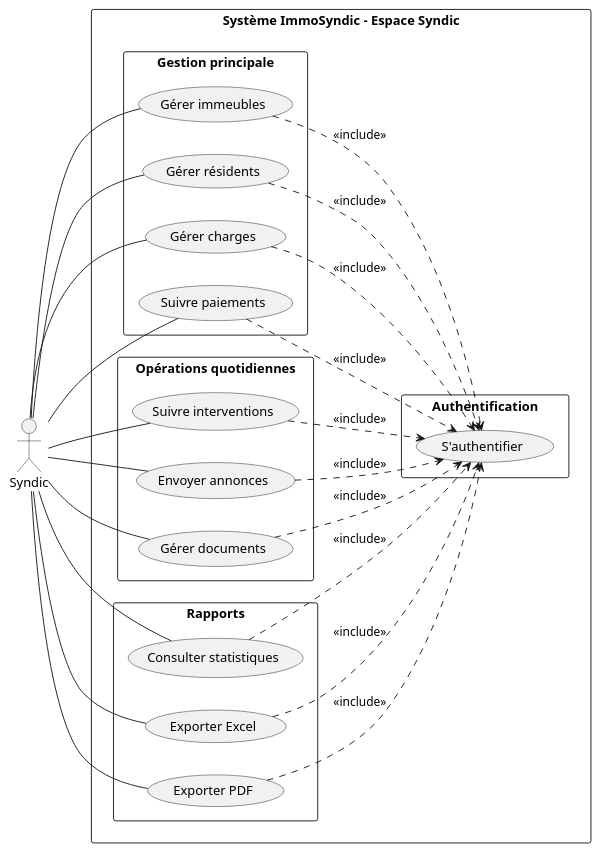
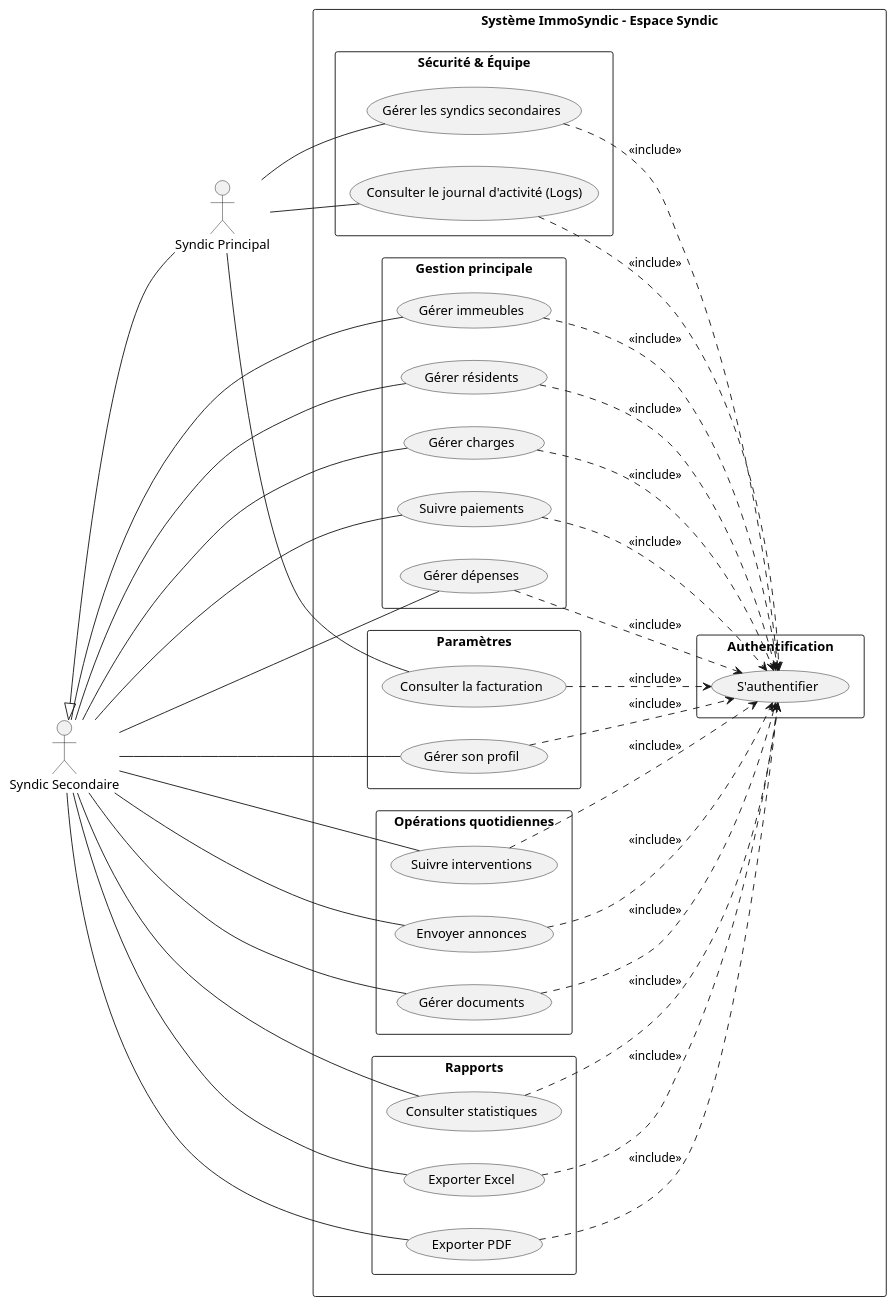
One commit to fadna-lakhouchen/Projet-finale changed the diagram in analyse/ideation/cas_utilisation/diagramme_global/use_case_global_syndic.puml. Above: the diagram before and after it, drawn with PlantUML. The commit also changed 58 other files, not shown here.

```diff
--- a/analyse/ideation/cas_utilisation/diagramme_global/use_case_global_syndic.puml
+++ b/analyse/ideation/cas_utilisation/diagramme_global/use_case_global_syndic.puml
@@ -1,58 +1,87 @@
 @startuml ImmoSyndic_Final_Syndic
 left to right direction
 skinparam packageStyle rectangle
 skinparam shadowing false
 
-actor "Syndic" as Syndic
+' Acteurs Syndics avec Héritage
+actor "Syndic Secondaire" as SyndicSec
+actor "Syndic Principal" as SyndicPri
+
+' Le Syndic Principal hérite du Syndic Secondaire
+SyndicPri -up-|> SyndicSec
 
 rectangle "Système ImmoSyndic - Espace Syndic" {
 
   package "Authentification" {
     usecase "S'authentifier" as Auth
   }
 
   package "Gestion principale" {
     usecase "Gérer immeubles" as ManageBuildings
     usecase "Gérer résidents" as ManageResidents
     usecase "Gérer charges" as ManageCharges
     usecase "Suivre paiements" as TrackPayments
+    usecase "Gérer dépenses" as ManageExpenses
   }
 
   package "Opérations quotidiennes" {
     usecase "Suivre interventions" as TrackInterventions
     usecase "Envoyer annonces" as SendNews
     usecase "Gérer documents" as ManageDocs
   }
 
   package "Rapports" {
     usecase "Consulter statistiques" as ViewStats
     usecase "Exporter Excel" as ExportExcel
     usecase "Exporter PDF" as ExportPDF
   }
-}
+
+  package "Sécurité & Équipe" {
+    usecase "Gérer les syndics secondaires" as ManageSecondaries
+    usecase "Consulter le journal d'activité (Logs)" as ViewLogs
+  }
+
+  package "Paramètres" {
+    usecase "Gérer son profil" as ManageProfile
+    usecase "Consulter la facturation" as ManageSubscription
+  }
+
   ' Auth relation (global rule)
   ManageBuildings ..> Auth : <<include>>
   ManageResidents ..> Auth : <<include>>
   ManageCharges ..> Auth : <<include>>
   TrackPayments ..> Auth : <<include>>
+  ManageExpenses ..> Auth : <<include>>
   TrackInterventions ..> Auth : <<include>>
   SendNews ..> Auth : <<include>>
   ManageDocs ..> Auth : <<include>>
   ViewStats ..> Auth : <<include>>
   ExportExcel ..> Auth : <<include>>
   ExportPDF ..> Auth : <<include>>
+  ManageSecondaries ..> Auth : <<include>>
+  ViewLogs ..> Auth : <<include>>
+  ManageProfile ..> Auth : <<include>>
+  ManageSubscription ..> Auth : <<include>>
 }
 
 ' Actor connections
-Syndic -- ManageBuildings
-Syndic -- ManageResidents
-Syndic -- ManageCharges
-Syndic -- TrackPayments
-Syndic -- TrackInterventions
-Syndic -- SendNews
-Syndic -- ManageDocs
-Syndic -- ViewStats
-Syndic -- ExportExcel
-Syndic -- ExportPDF
+' Le Syndic Secondaire est lié aux fonctionnalités quotidiennes, de gestion et profil
+SyndicSec -- ManageBuildings
+SyndicSec -- ManageResidents
+SyndicSec -- ManageCharges
+SyndicSec -- TrackPayments
+SyndicSec -- ManageExpenses
+SyndicSec -- TrackInterventions
+SyndicSec -- SendNews
+SyndicSec -- ManageDocs
+SyndicSec -- ViewStats
+SyndicSec -- ExportExcel
+SyndicSec -- ExportPDF
+SyndicSec -- ManageProfile
+
+' Le Syndic Principal est le seul lié aux fonctionnalités d'équipe, de sécurité et abonnement
+SyndicPri -- ManageSecondaries
+SyndicPri -- ViewLogs
+SyndicPri -- ManageSubscription
 
 @enduml
```
